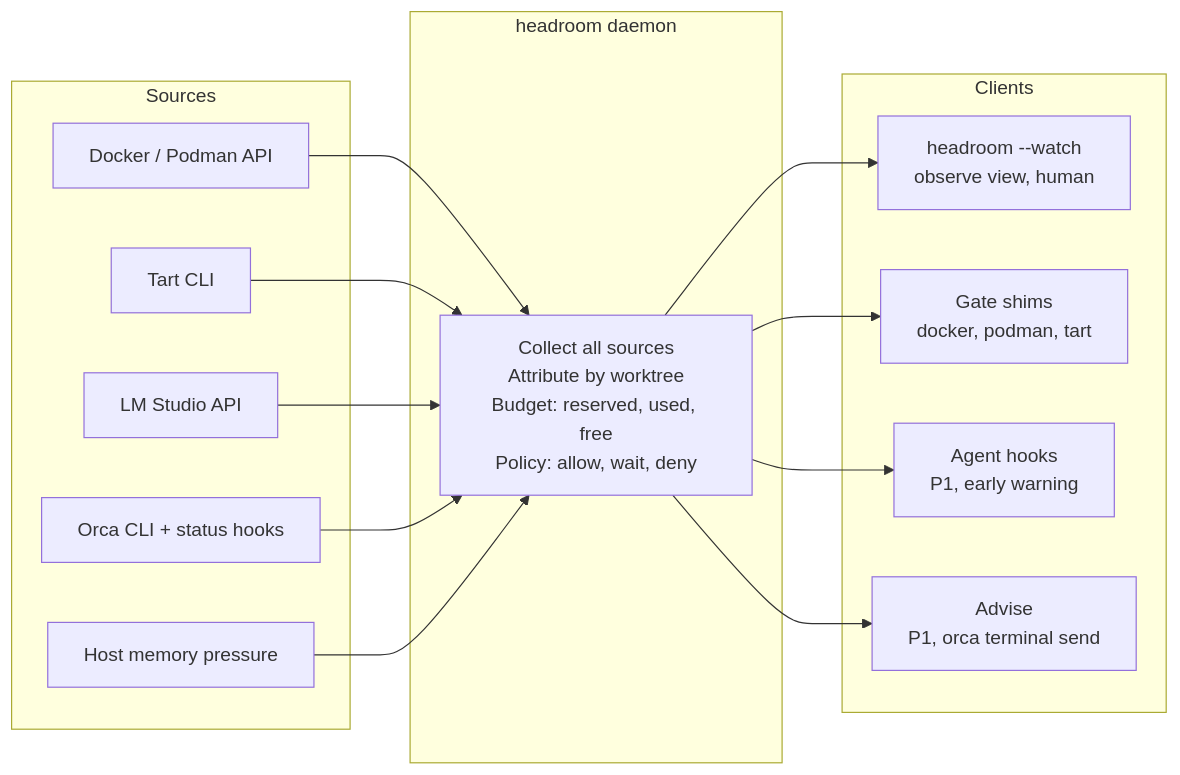
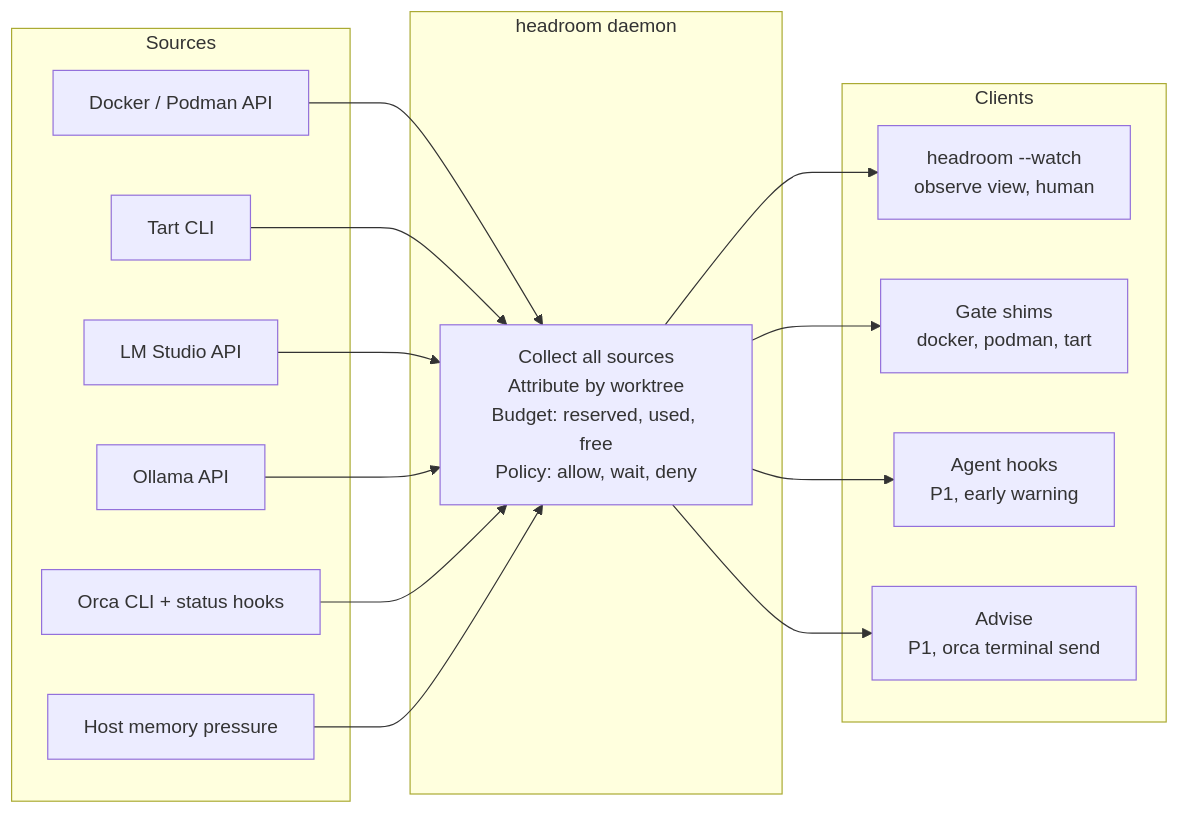
Before and after one commit to cybagard/cyba-headroom: the diagram in docs/03-architecture.md, drawn with Mermaid. The commit also changed 24 other files, not shown here.

````diff
--- a/docs/03-architecture.md
+++ b/docs/03-architecture.md
@@ -7,21 +7,22 @@
 ```mermaid
 flowchart LR
   subgraph Sources
     D[Docker / Podman API]
     T[Tart CLI]
     L[LM Studio API]
+    M[Ollama API]
     O[Orca CLI + status hooks]
     H[Host memory pressure]
   end
   subgraph Daemon[headroom daemon]
     X[Collect all sources<br/>Attribute by worktree<br/>Budget: reserved, used, free<br/>Policy: allow, wait, deny]
   end
   subgraph Clients
     W[headroom --watch<br/>observe view, human]
     S[Gate shims<br/>docker, podman, tart]
     A[Agent hooks<br/>P1, early warning]
     V[Advise<br/>P1, orca terminal send]
   end
-  D & T & L & O & H --> X
+  D & T & L & M & O & H --> X
   X --> W & S & A & V
 ```
````
